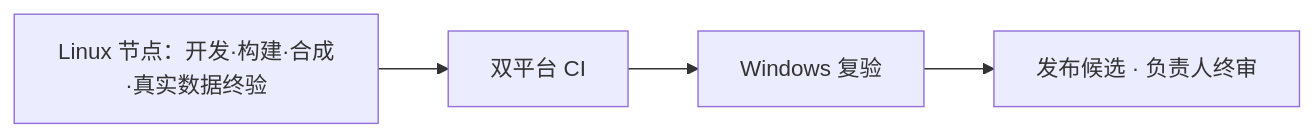
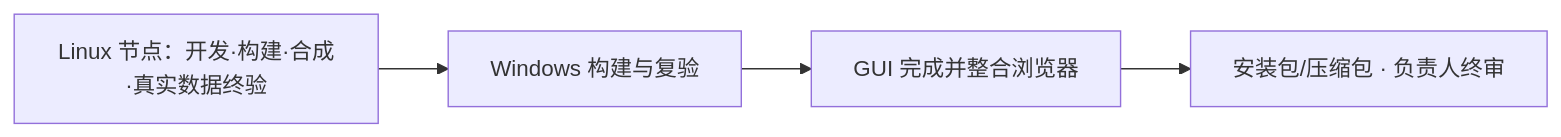
One commit to fujiaze/Astro-CS-Database changed the ninth of 11 diagrams in docs/ACSD_DESIGN.md. Above: the diagram before and after it, drawn with Mermaid. The commit also changed other lines of this file and 2 other files, not shown here.

````diff
--- a/docs/ACSD_DESIGN.md
+++ b/docs/ACSD_DESIGN.md
@@ -476,6 +476,6 @@
 ```mermaid
 flowchart LR
-    L["Linux 节点：开发·构建·合成·真实数据终验"] --> CI["双平台 CI"]
-    CI --> W["Windows 复验"]
-    W --> R["发布候选 · 负责人终审"]
+    L["Linux 节点：开发·构建·合成·真实数据终验"] --> W["Windows 构建与复验"]
+    W --> G["GUI 完成并整合浏览器"]
+    G --> R["安装包/压缩包 · 负责人终审"]
 ```
````
